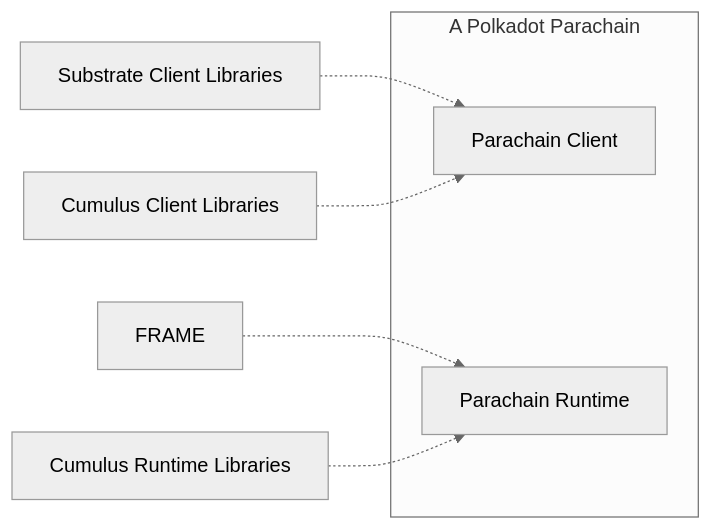
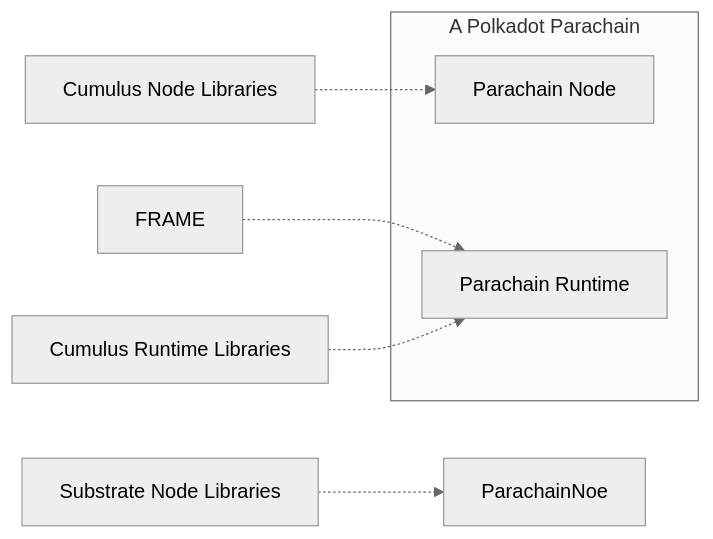
The diagram in docs/mermaid/polkadot_sdk_parachain.mmd (paritytech/polkadot-sdk), drawn with Mermaid (neutral theme) before and after one commit. The commit also changed 30 other files, not shown here.

```diff
--- a/docs/mermaid/polkadot_sdk_parachain.mmd
+++ b/docs/mermaid/polkadot_sdk_parachain.mmd
@@ -1,11 +1,11 @@
 flowchart LR
 	subgraph Parachain[A Polkadot Parachain]
-		ParachainClient[Parachain Client]
+		ParachainNode[Parachain Node]
 		ParachainRuntime[Parachain Runtime]
 	end
 
     FRAME -.-> ParachainRuntime
-    Substrate[Substrate Client Libraries] -.-> ParachainClient
+    Substrate[Substrate Node Libraries] -.-> ParachainNoe
 
-    CumulusC[Cumulus Client Libraries] -.-> ParachainClient
+    CumulusC[Cumulus Node Libraries] -.-> ParachainNode
     CumulusR[Cumulus Runtime Libraries] -.-> ParachainRuntime
```
